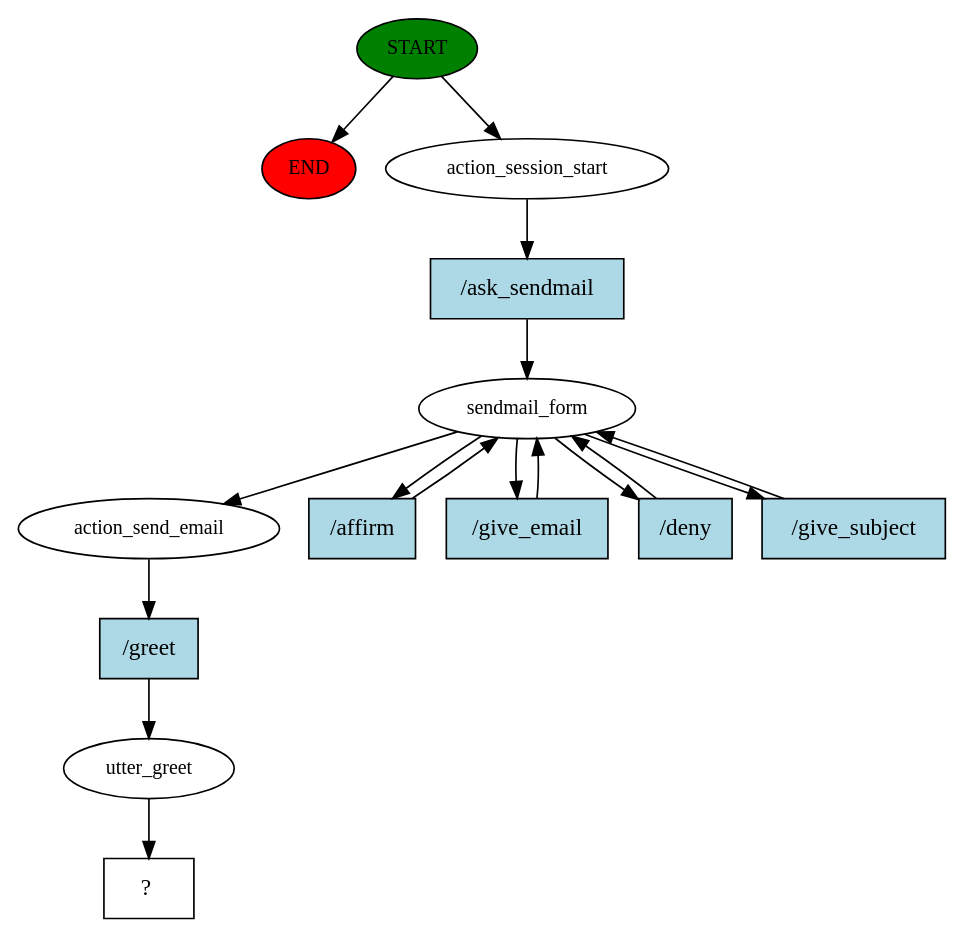
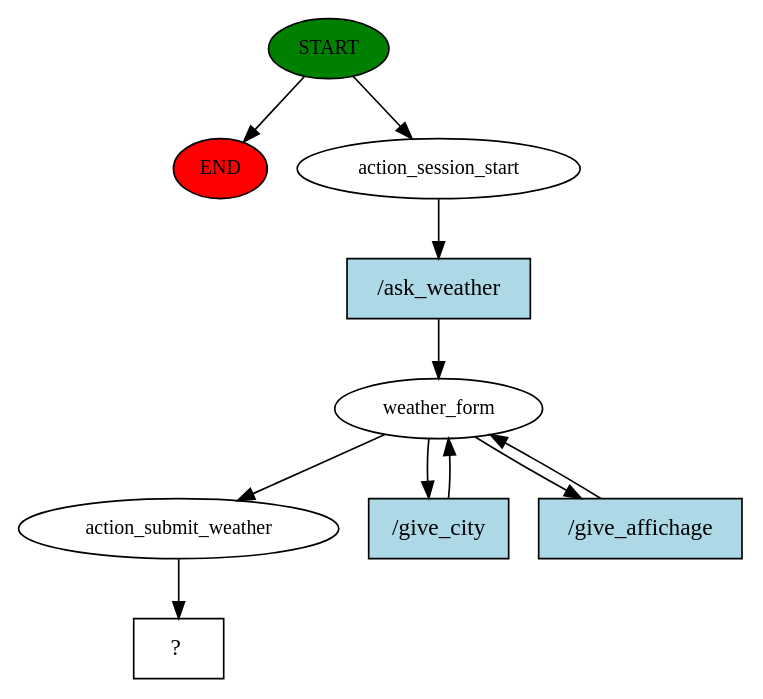
The diagram in chatbot/story_graph.dot (SebastienGuimety/CeriBot), drawn with Graphviz before and after one commit. The commit also changed 9 other files, not shown here.

```diff
--- a/chatbot/story_graph.dot
+++ b/chatbot/story_graph.dot
@@ -1,31 +1,21 @@
 digraph  {
 0 [class="start active", fillcolor=green, fontsize=12, label=START, style=filled];
 "-1" [class=end, fillcolor=red, fontsize=12, label=END, style=filled];
 1 [class=active, fontsize=12, label=action_session_start];
-2 [class=active, fontsize=12, label=sendmail_form];
-7 [class=active, fontsize=12, label=action_send_email];
-8 [class=active, fontsize=12, label=utter_greet];
-9 [class="intent dashed active", label="  ?  ", shape=rect];
-10 [class="intent active", fillcolor=lightblue, label="/ask_sendmail", shape=rect, style=filled];
-11 [class="intent active", fillcolor=lightblue, label="/affirm", shape=rect, style=filled];
-12 [class="intent active", fillcolor=lightblue, label="/give_email", shape=rect, style=filled];
-13 [class="intent active", fillcolor=lightblue, label="/deny", shape=rect, style=filled];
-14 [class="intent active", fillcolor=lightblue, label="/give_subject", shape=rect, style=filled];
-15 [class="intent active", fillcolor=lightblue, label="/greet", shape=rect, style=filled];
+2 [class=active, fontsize=12, label=weather_form];
+5 [class=active, fontsize=12, label=action_submit_weather];
+6 [class="intent dashed active", label="  ?  ", shape=rect];
+7 [class="intent active", fillcolor=lightblue, label="/ask_weather", shape=rect, style=filled];
+8 [class="intent active", fillcolor=lightblue, label="/give_city", shape=rect, style=filled];
+9 [class="intent active", fillcolor=lightblue, label="/give_affichage", shape=rect, style=filled];
 0 -> "-1"  [class="", key=NONE, label=""];
 0 -> 1  [class=active, key=NONE, label=""];
-1 -> 10  [class=active, key=0];
-2 -> 7  [class=active, key=NONE, label=""];
-2 -> 11  [class=active, key=0];
-2 -> 12  [class=active, key=0];
-2 -> 13  [class=active, key=0];
-2 -> 14  [class=active, key=0];
-7 -> 15  [class=active, key=0];
-8 -> 9  [class=active, key=NONE, label=""];
-10 -> 2  [class=active, key=0];
-11 -> 2  [class=active, key=0];
-12 -> 2  [class=active, key=0];
-13 -> 2  [class=active, key=0];
-14 -> 2  [class=active, key=0];
-15 -> 8  [class=active, key=0];
+1 -> 7  [class=active, key=0];
+2 -> 5  [class=active, key=NONE, label=""];
+2 -> 8  [class=active, key=0];
+2 -> 9  [class=active, key=0];
+5 -> 6  [class=active, key=NONE, label=""];
+7 -> 2  [class=active, key=0];
+8 -> 2  [class=active, key=0];
+9 -> 2  [class=active, key=0];
 }
```
